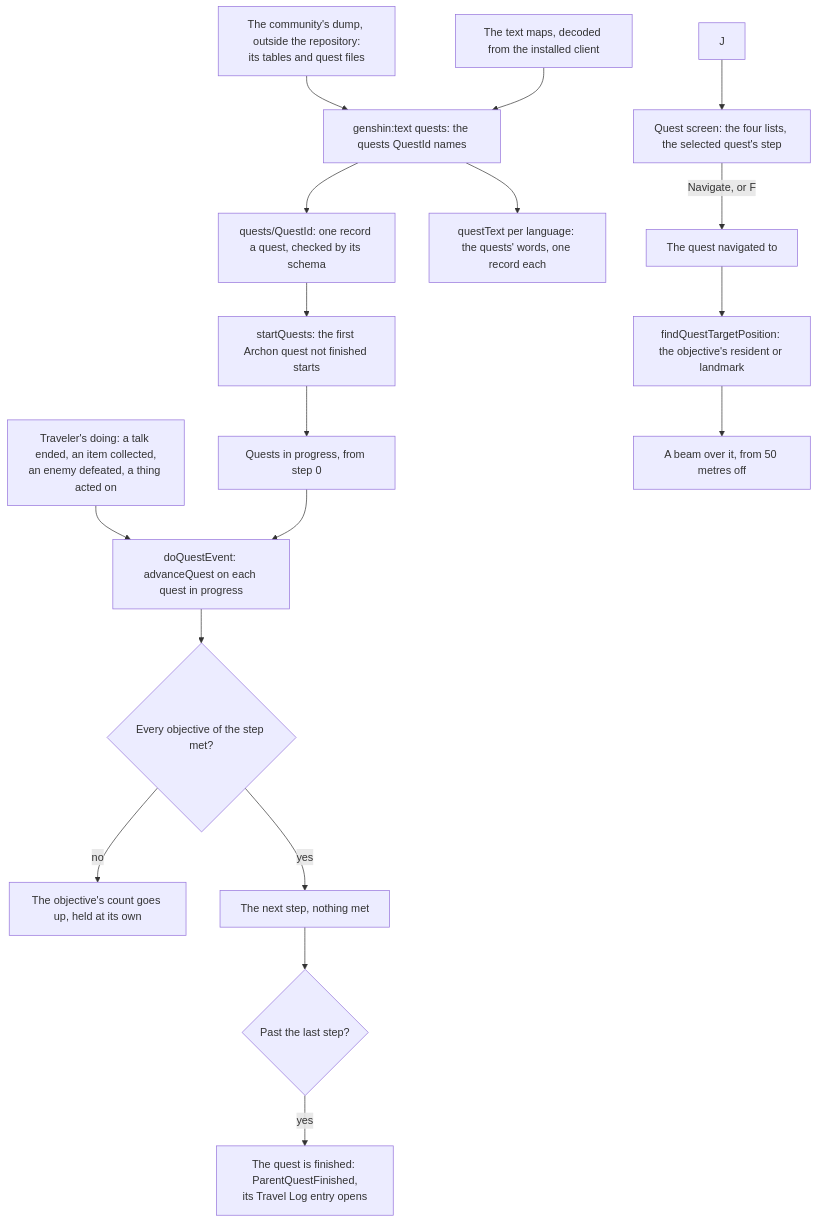
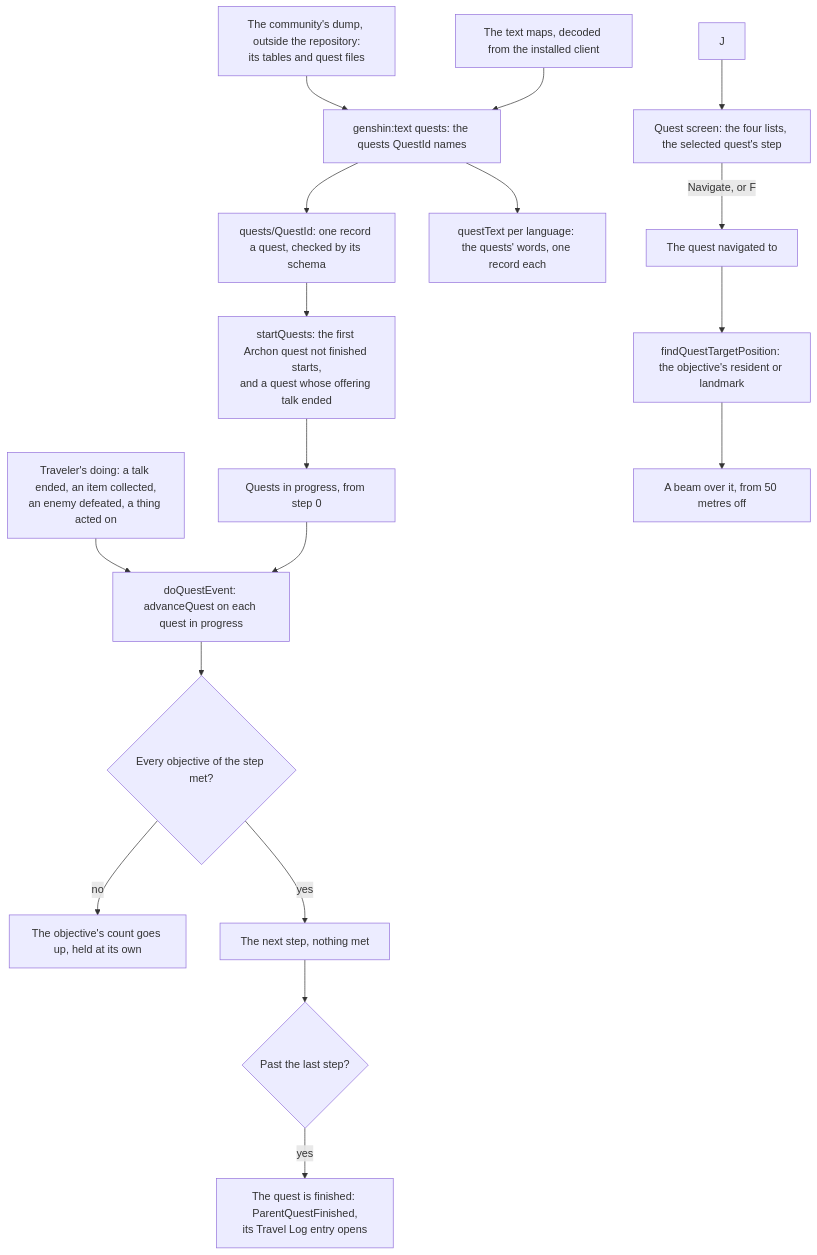
Before and after one commit to Esposter/Esposter: the diagram in apps/web/content/docs/genshin/quests.md, drawn with Mermaid. The commit also changed other lines of this file and 23 other files, not shown here.

````diff
--- a/apps/web/content/docs/genshin/quests.md
+++ b/apps/web/content/docs/genshin/quests.md
@@ -12,20 +12,20 @@
 ```mermaid
 flowchart TD
   DUMP["The community's dump, outside the repository:<br/>its tables and quest files"] --> READ["genshin:text quests: the quests QuestId names"]
   DECODE["The text maps, decoded from the installed client"] --> READ
   READ --> FILES["quests/QuestId: one record a quest, checked by its schema"]
   READ --> WORDS["questText per language: the quests' words, one record each"]
-  FILES --> START["startQuests: the first Archon quest not finished starts"]
+  FILES --> START["startQuests: the first Archon quest not finished starts,<br/>and a quest whose offering talk ended"]
   START --> PROGRESS["Quests in progress, from step 0"]
   DOING["Traveler's doing: a talk ended, an item collected,<br/>an enemy defeated, a thing acted on"] --> ADVANCE["doQuestEvent: advanceQuest on each quest in progress"]
   PROGRESS --> ADVANCE
   ADVANCE --> MET{"Every objective of the step met?"}
   MET -->|"no"| COUNT["The objective's count goes up, held at its own"]
   MET -->|"yes"| STEP["The next step, nothing met"]
   STEP --> DONE{"Past the last step?"}
   DONE -->|"yes"| FINISHED["The quest is finished: ParentQuestFinished,<br/>its Travel Log entry opens"]
   J["J"] --> SCREEN["Quest screen: the four lists, the selected quest's step"]
   SCREEN -->|"Navigate, or F"| TRACKED["The quest navigated to"]
   TRACKED --> TARGET["findQuestTargetPosition: the objective's resident or landmark"]
   TARGET --> BEAM["A beam over it, from 50 metres off"]
 ```
````
